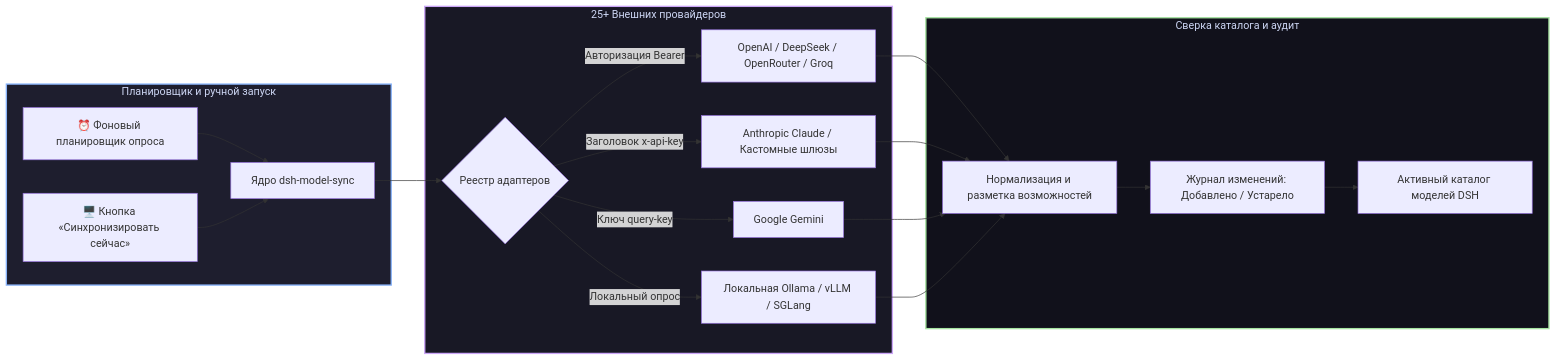
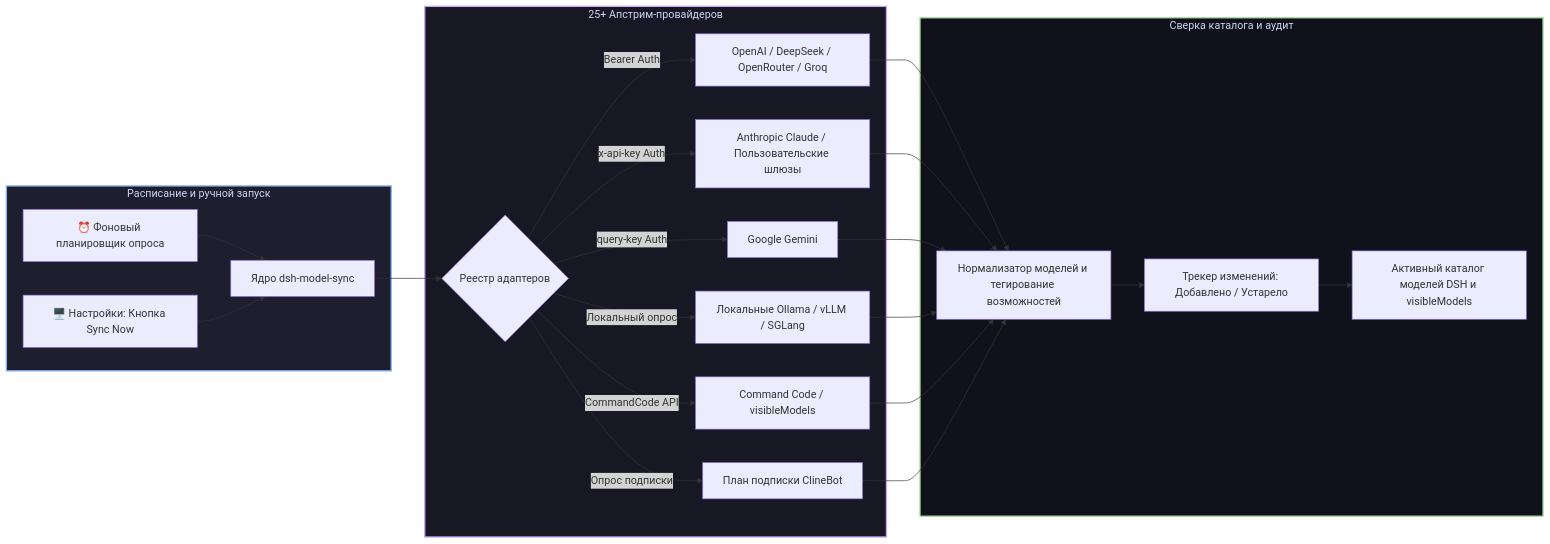
One commit to GooDAnDReaDY/dsh-model-sync changed the diagram in README.ru.md. Above: the diagram before and after it, drawn with Mermaid. The commit also changed other lines of this file and 9 other files, not shown here.

````diff
--- a/README.ru.md
+++ b/README.ru.md
@@ -44,28 +44,32 @@
 ```mermaid
 graph LR
-    subgraph Trigger [Планировщик и ручной запуск]
+    subgraph Trigger [Расписание и ручной запуск]
         Cron[⏰ Фоновый планировщик опроса] --> Engine[Ядро dsh-model-sync]
-        WebUI[🖥️ Кнопка «Синхронизировать сейчас»] --> Engine
+        WebUI[🖥️ Настройки: Кнопка Sync Now] --> Engine
     end
 
-    subgraph Providers [25+ Внешних провайдеров]
+    subgraph Providers [25+ Апстрим-провайдеров]
         Engine --> Registry{Реестр адаптеров}
-        Registry -->|Авторизация Bearer| P1[OpenAI / DeepSeek / OpenRouter / Groq]
-        Registry -->|Заголовок x-api-key| P2[Anthropic Claude / Кастомные шлюзы]
-        Registry -->|Ключ query-key| P3[Google Gemini]
-        Registry -->|Локальный опрос| P4[Локальная Ollama / vLLM / SGLang]
+        Registry -->|Bearer Auth| P1[OpenAI / DeepSeek / OpenRouter / Groq]
+        Registry -->|x-api-key Auth| P2[Anthropic Claude / Пользовательские шлюзы]
+        Registry -->|query-key Auth| P3[Google Gemini]
+        Registry -->|Локальный опрос| P4[Локальные Ollama / vLLM / SGLang]
+        Registry -->|CommandCode API| P5[Command Code / visibleModels]
+        Registry -->|Опрос подписки| P6[План подписки ClineBot]
     end
 
     subgraph Reconcile [Сверка каталога и аудит]
-        P1 --> Normalizer[Нормализация и разметка возможностей]
+        P1 --> Normalizer[Нормализатор моделей и тегирование возможностей]
         P2 --> Normalizer
         P3 --> Normalizer
         P4 --> Normalizer
-        Normalizer --> Diff[Журнал изменений: Добавлено / Устарело]
-        Diff --> Catalog[Активный каталог моделей DSH]
+        P5 --> Normalizer
+        P6 --> Normalizer
+        Normalizer --> Diff[Трекер изменений: Добавлено / Устарело]
+        Diff --> Catalog[Активный каталог моделей DSH и visibleModels]
     end
 
     style Trigger fill:#1e1e2e,stroke:#89b4fa,stroke-width:2px,color:#cdd6f4
     style Providers fill:#181825,stroke:#cba6f7,stroke-width:2px,color:#cdd6f4
     style Reconcile fill:#11111b,stroke:#a6e3a1,stroke-width:2px,color:#cdd6f4
 ```
````
